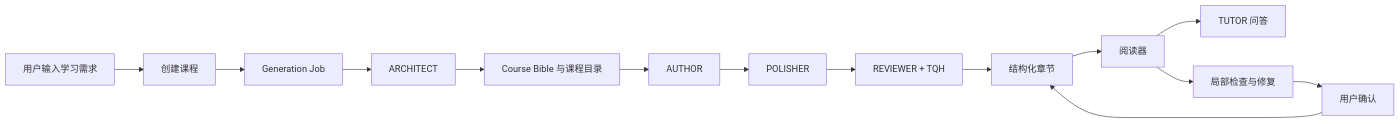
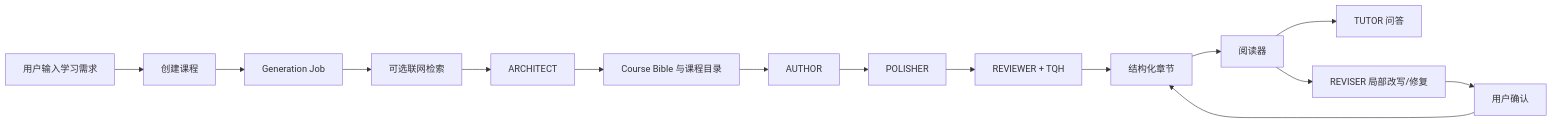
The diagram in README.md (maomaomaommm/LearnByAI), drawn with Mermaid before and after one commit. The commit also changed other lines of this file, not shown here.

````diff
--- a/README.md
+++ b/README.md
@@ -232,16 +263,17 @@
 ```mermaid
 flowchart LR
     U["用户输入学习需求"] --> C["创建课程"]
     C --> J["Generation Job"]
-    J --> A["ARCHITECT"]
+    J --> S["可选联网检索"]
+    S --> A["ARCHITECT"]
     A --> B["Course Bible 与课程目录"]
     B --> W["AUTHOR"]
     W --> P["POLISHER"]
     P --> R["REVIEWER + TQH"]
     R --> D["结构化章节"]
     D --> V["阅读器"]
     V --> T["TUTOR 问答"]
-    V --> F["局部检查与修复"]
+    V --> F["REVISER 局部改写/修复"]
     F --> X["用户确认"]
     X --> D
 ```
````
